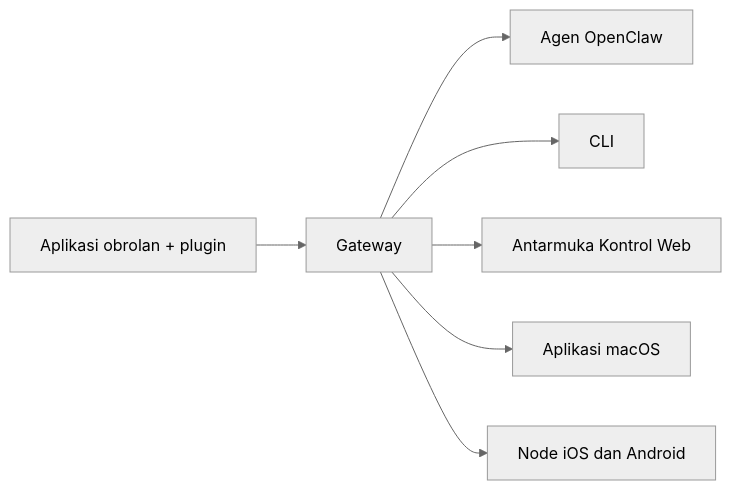
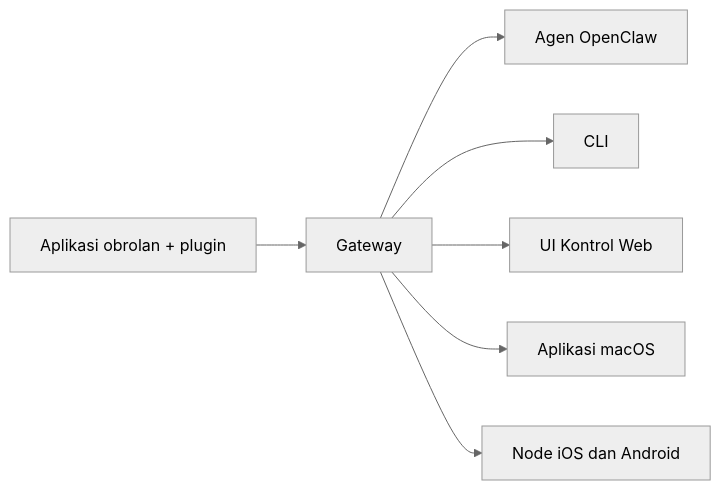
Before and after one commit to openclaw/docs: the diagram in docs/id/index.md, drawn with Mermaid (neutral theme). The commit also changed other lines of this file and 6121 other files, not shown here.

````diff
--- a/docs/id/index.md
+++ b/docs/id/index.md
@@ -113,9 +114,9 @@
 ```mermaid
 flowchart LR
   A["Aplikasi obrolan + plugin"] --> B["Gateway"]
   B --> C["Agen OpenClaw"]
   B --> D["CLI"]
-  B --> E["Antarmuka Kontrol Web"]
+  B --> E["UI Kontrol Web"]
   B --> F["Aplikasi macOS"]
   B --> G["Node iOS dan Android"]
 ```
````
